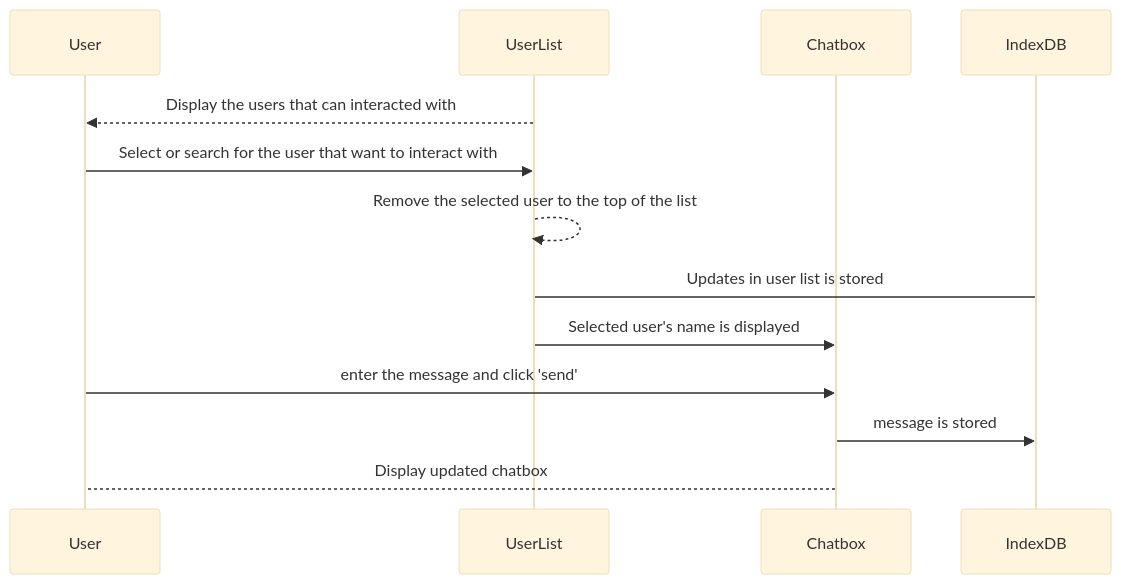
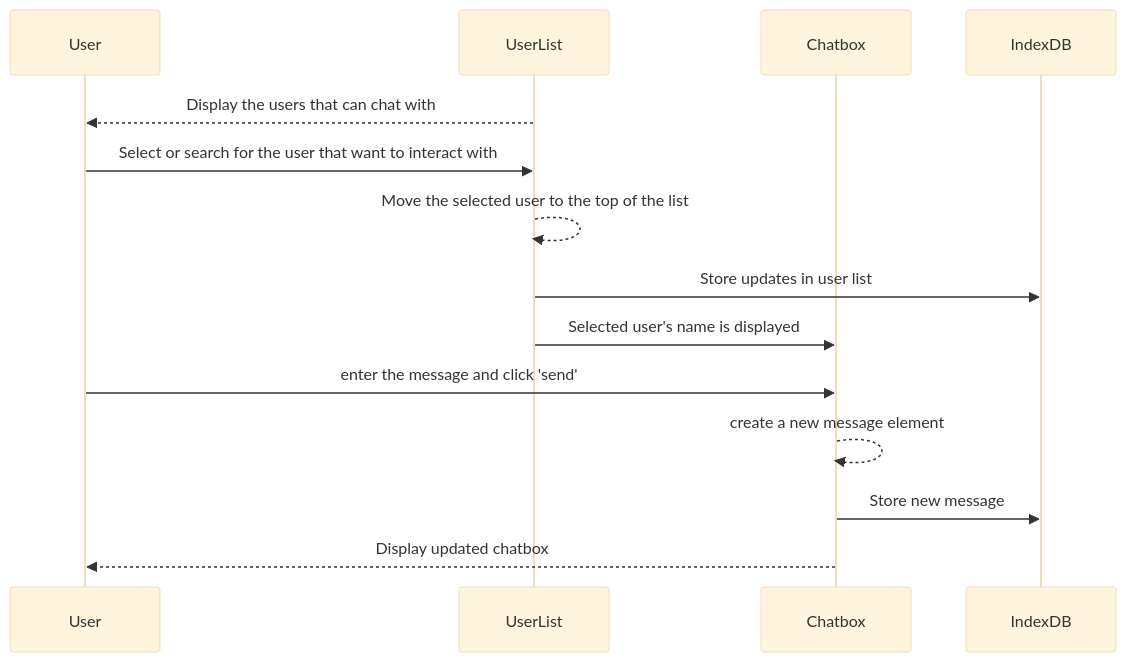
The diagram in team/m3/sammie-yu/feature-sequence-diagram.md (ginpks/TRANSPORTATION), drawn with Mermaid (base theme) before and after one commit.

````diff
--- a/team/m3/sammie-yu/feature-sequence-diagram.md
+++ b/team/m3/sammie-yu/feature-sequence-diagram.md
@@ -1,17 +1,18 @@
 ```mermaid
 sequenceDiagram
     participant User
     participant UserList
     participant Chatbox
     participant IndexDB
 
-    UserList -->> User: Display the users that can interacted with 
+    UserList -->> User: Display the users that can chat with 
     User ->> UserList: Select or search for the user that want to interact with
-    UserList -->> UserList: Remove the selected user to the top of the list
-    UserList -> IndexDB: Updates in user list is stored
+    UserList -->> UserList: Move the selected user to the top of the list
+    UserList ->> IndexDB: Store updates in user list
     UserList ->> Chatbox: Selected user's name is displayed
     User ->> Chatbox: enter the message and click 'send'
-    Chatbox ->> IndexDB: message is stored
-    Chatbox --> User: Display updated chatbox
+    Chatbox -->> Chatbox: create a new message element
+    Chatbox ->> IndexDB: Store new message 
+    Chatbox -->> User: Display updated chatbox
     
 ```
````
